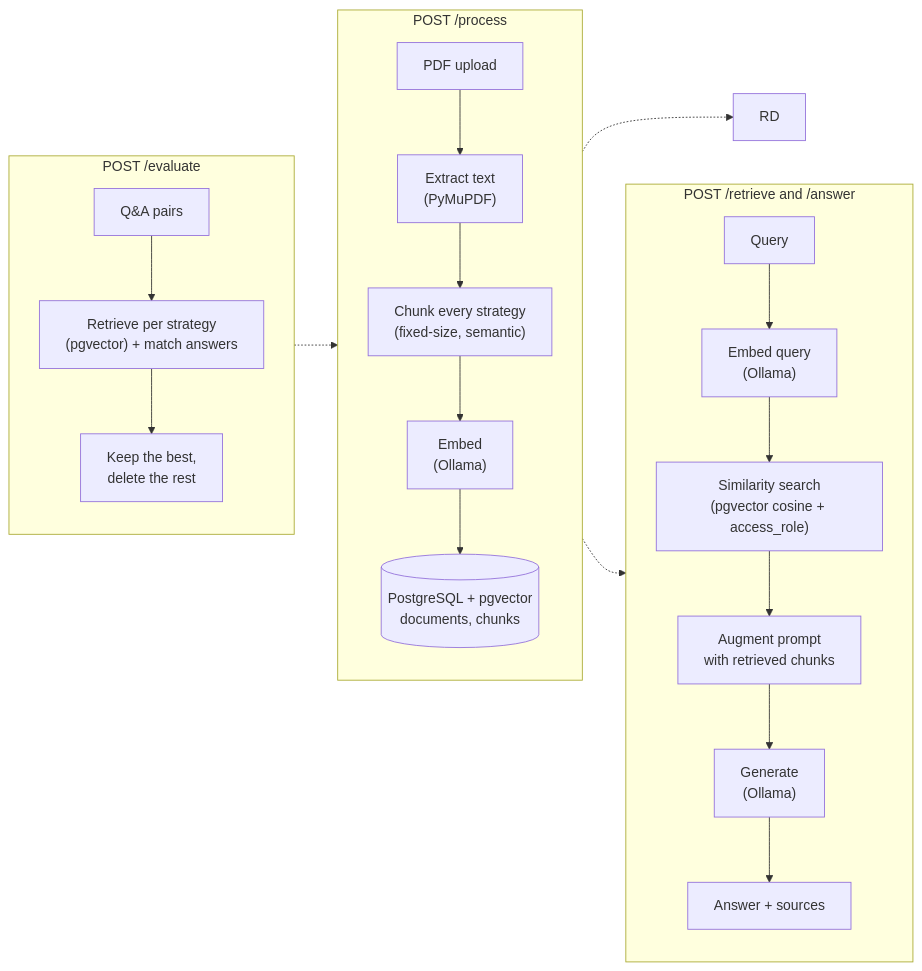
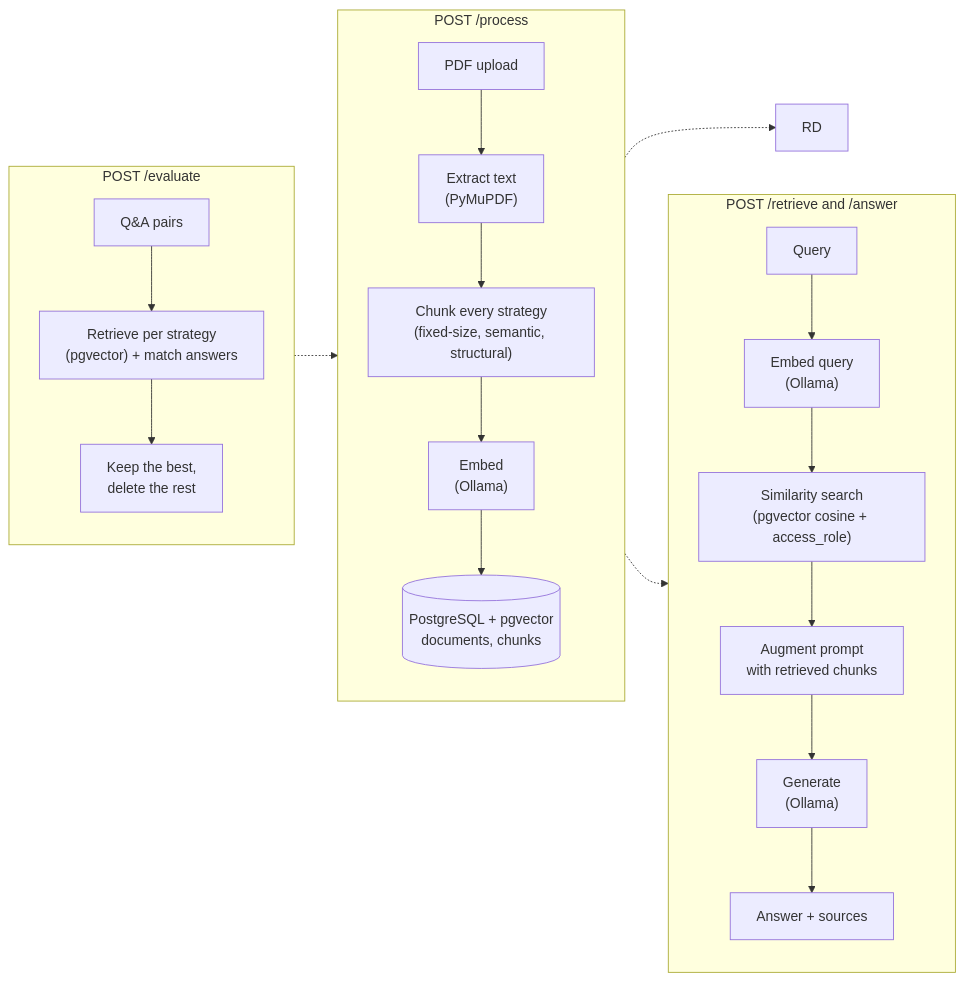
Before and after one commit to mh2005in/RAG-Assistant-with-Real-Evals: the diagram in README.md, drawn with Mermaid. The commit also changed other lines of this file and 17 other files, not shown here.

````diff
--- a/README.md
+++ b/README.md
@@ -19,26 +19,26 @@
 ```mermaid
 flowchart LR
     subgraph ingest["POST /process"]
       direction TB
       U["PDF upload"] --> EX["Extract text<br/>(PyMuPDF)"]
-      EX --> CH["Chunk every strategy<br/>(fixed-size, semantic)"]
+      EX --> CH["Chunk every strategy<br/>(fixed-size, semantic, structural)"]
       CH --> EM1["Embed<br/>(Ollama)"]
       EM1 --> ST[("PostgreSQL + pgvector<br/>documents, chunks")]
     end
     subgraph eval["POST /evaluate"]
       direction TB
       QA["Q&amp;A pairs"] --> RS["Retrieve per strategy<br/>(pgvector) + match answers"]
       RS --> PR["Keep the best,<br/>delete the rest"]
     end
     subgraph ask["POST /retrieve and /answer"]
       direction TB
       Q["Query"] --> EM2["Embed query<br/>(Ollama)"]
       EM2 --> SR["Similarity search<br/>(pgvector cosine + access_role)"]
       SR --> AUG["Augment prompt<br/>with retrieved chunks"]
       AUG --> GEN["Generate<br/>(Ollama)"]
       GEN --> A["Answer + sources"]
     end
     ST -.-> RD
     PR -.-> ST
     ST -.-> SR
 ```
````
